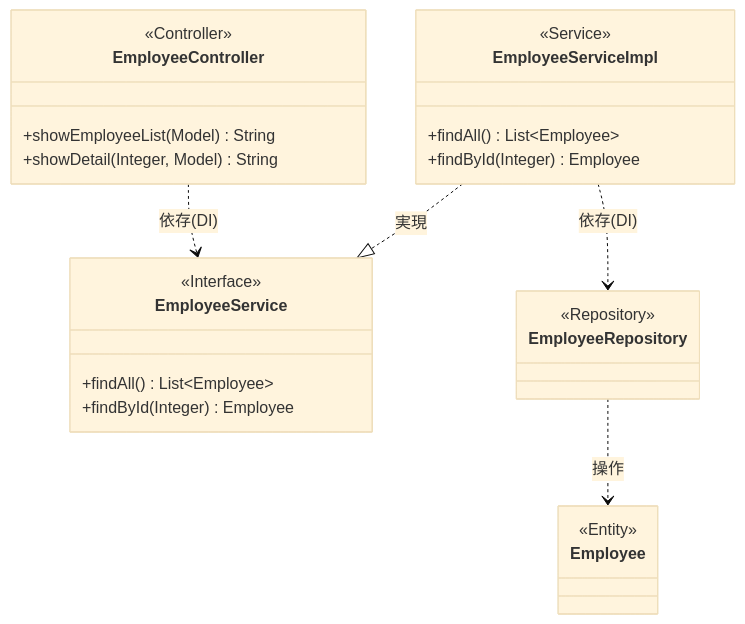
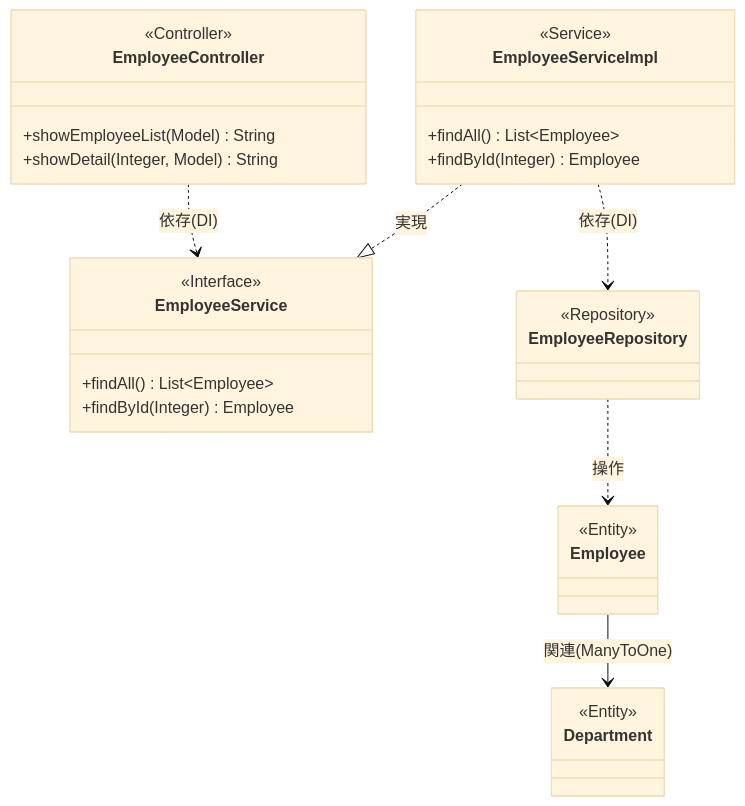
Diagram 15 of 25 in EIMS_Comprehensive_Exercise_Guide.md (juyeongjung1/NewEIMS), drawn with Mermaid (base theme) before and after one commit. The commit also changed other lines of this file and 1 other file, not shown here.

````diff
--- a/EIMS_Comprehensive_Exercise_Guide.md
+++ b/EIMS_Comprehensive_Exercise_Guide.md
@@ -1202,27 +1297,29 @@
 ```mermaid
 classDiagram
     class EmployeeController {
         <<Controller>>
         +showEmployeeList(Model) String
         +showDetail(Integer, Model) String
     }
     class EmployeeService {
         <<Interface>>
         +findAll() List~Employee~
         +findById(Integer) Employee
     }
     class EmployeeServiceImpl {
         <<Service>>
         +findAll() List~Employee~
         +findById(Integer) Employee
     }
     class EmployeeRepository {
         <<Repository>>
     }
     class Employee { <<Entity>> }
+    class Department { <<Entity>> }
 
     EmployeeController ..> EmployeeService : 依存(DI)
     EmployeeServiceImpl ..|> EmployeeService : 実現
     EmployeeServiceImpl ..> EmployeeRepository : 依存(DI)
     EmployeeRepository ..> Employee : 操作
+    Employee --> Department : 関連(ManyToOne)
 ```
````
